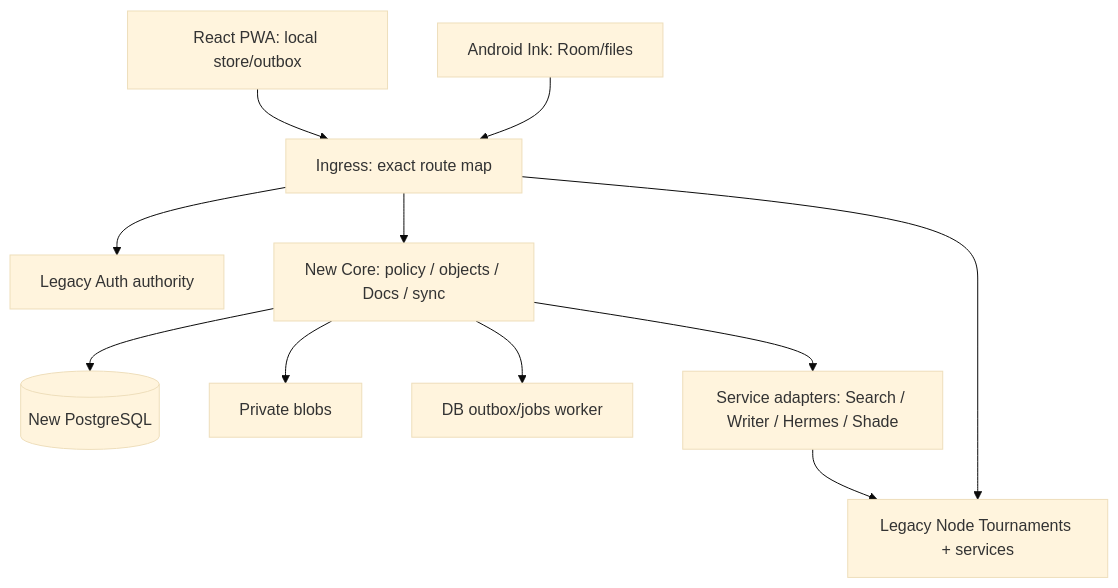
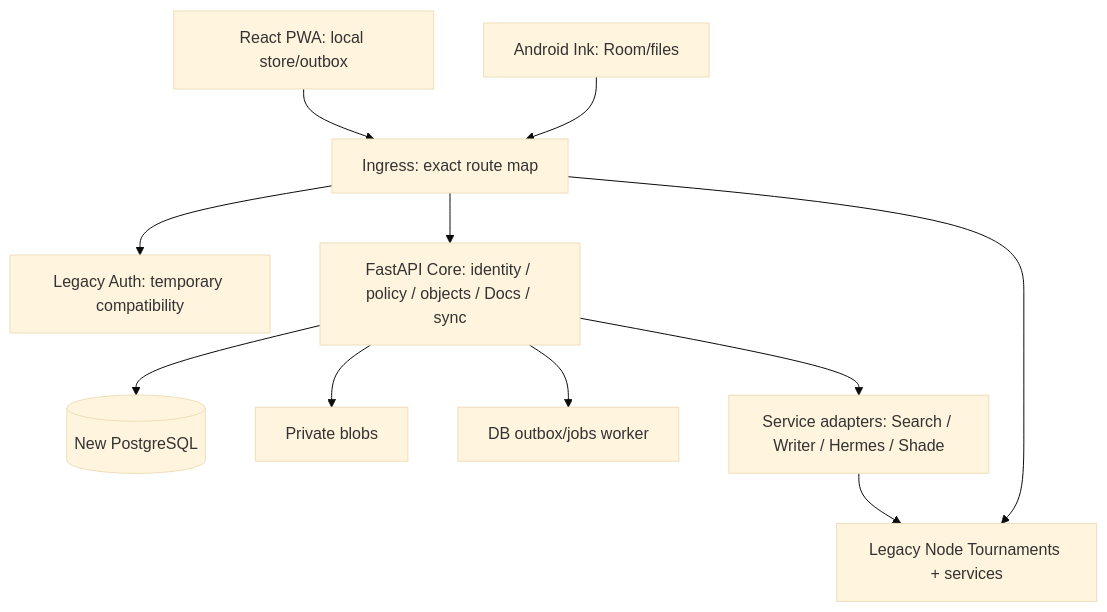
Before and after one commit to kirillkuz1122/qubite: the diagram in docs/architecture/TARGET_ARCHITECTURE.md, drawn with Mermaid (base theme). The commit also changed other lines of this file and 22 other files, not shown here.

Commit message:
Уточнены перенос общих функций на FastAPI и автоматический захват в Telegram

````diff
--- a/docs/architecture/TARGET_ARCHITECTURE.md
+++ b/docs/architecture/TARGET_ARCHITECTURE.md
@@ -18,13 +18,13 @@
 ```mermaid
 flowchart TD
   W[React PWA: local store/outbox] --> G[Ingress: exact route map]
   A[Android Ink: Room/files] --> G
-  G --> AU[Legacy Auth authority]
-  G --> C[New Core: policy / objects / Docs / sync]
+  G --> AU[Legacy Auth: temporary compatibility]
+  G --> C[FastAPI Core: identity / policy / objects / Docs / sync]
   G --> L[Legacy Node Tournaments + services]
   C --> P[(New PostgreSQL)]
   C --> B[Private blobs]
   C --> J[DB outbox/jobs worker]
   C --> AD[Service adapters: Search / Writer / Hermes / Shade]
   AD --> L
 ```
````
